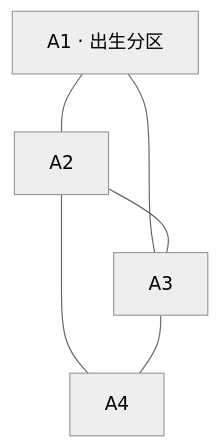
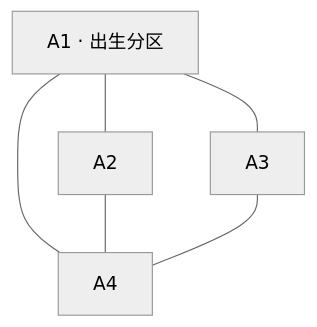
Before and after one commit to ls61117182/lostmoon: the diagram in docs/LargeMapGameplayDesign.md, drawn with Mermaid (neutral theme). The commit also changed other lines of this file and 426 other files, not shown here.

````diff
--- a/docs/LargeMapGameplayDesign.md
+++ b/docs/LargeMapGameplayDesign.md
@@ -94,8 +94,8 @@
 ```mermaid
 graph TD
     A1["A1 · 出生分区"] --- A2["A2"]
     A1 --- A3["A3"]
-    A2 --- A3
+    A1 --- A4["A4"]
     A2 --- A4["A4"]
     A3 --- A4
 ```
````
